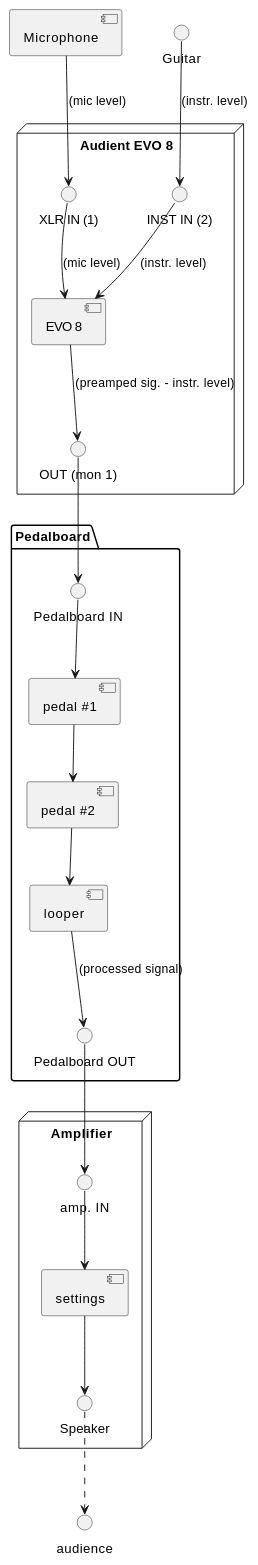
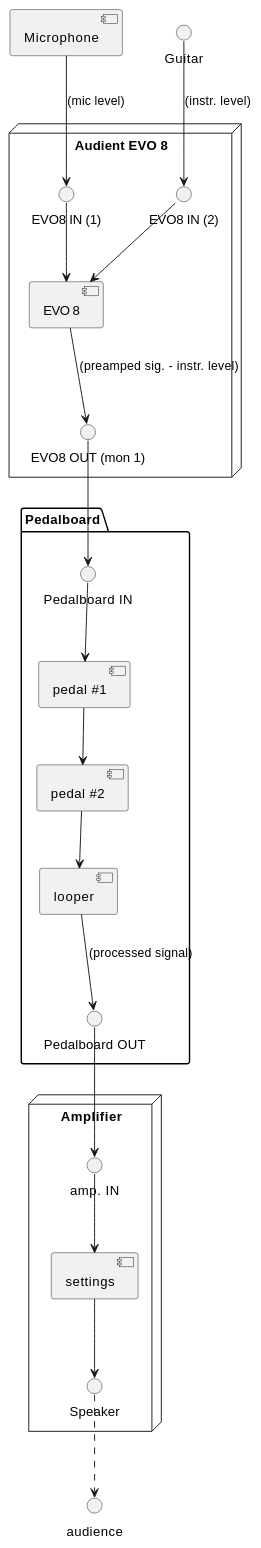
Before and after one commit to Moustov/pedalboard: the first of 2 diagrams in studio.md, drawn with PlantUML.

Commit message:
better labels

````diff
--- a/studio.md
+++ b/studio.md
@@ -5,29 +5,29 @@
 ```plantuml
 @startuml soundboardBased
 
 package "Pedalboard" {
   "Pedalboard IN" --> [pedal #1]
   [pedal #1] --> [pedal #2]
   [pedal #2] --> [looper]
   [looper] --> "Pedalboard OUT" : "(processed signal)"
 }
 
 node "Audient EVO 8" {
-  "XLR IN (1)" --> [EVO 8] : "(mic level)"
-  "INST IN (2)" --> [EVO 8] : "(instr. level)"
-  [EVO 8] --> "OUT (mon 1)" : "(preamped sig. - instr. level)"
+  "EVO8 IN (1)" --> [EVO 8] 
+  "EVO8 IN (2)" --> [EVO 8]
+  [EVO 8] --> "EVO8 OUT (mon 1)" : "(preamped sig. - instr. level)"
 }
 
 node "Amplifier" {
   "amp. IN" --> [settings]
   [settings] --> "Speaker"
 }
 
-[Microphone] --> "XLR IN (1)" : "(mic level)"
-"Guitar" --> "INST IN (2)" : "(instr. level)"
-"OUT (mon 1)" --> "Pedalboard IN"
+[Microphone] --> "EVO8 IN (1)" : "(mic level)"
+"Guitar" --> "EVO8 IN (2)" : "(instr. level)"
+"EVO8 OUT (mon 1)" --> "Pedalboard IN"
 "Pedalboard OUT" --> "amp. IN"
 "Speaker" ..> audience
 
 @enduml
 ```
````
